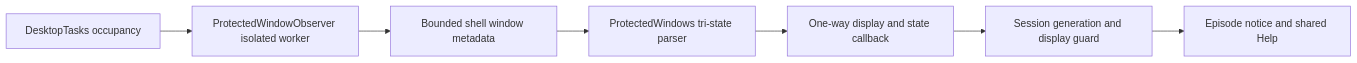
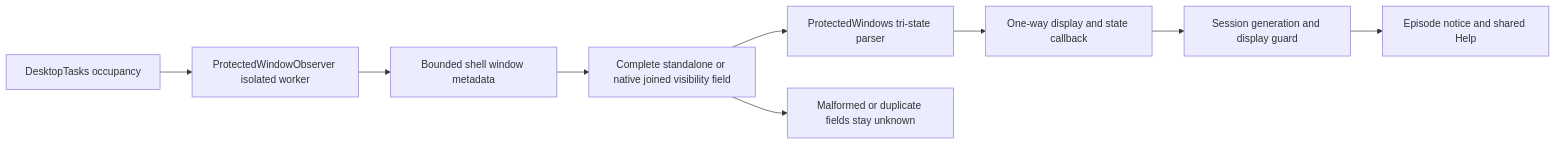
Before and after one commit to PhiLong-Ho/DexDroid: the first of 2 diagrams in docs/architecture/features/protected-content.md, drawn with Mermaid. The commit also changed other lines of this file and 319 other files, not shown here.

````diff
--- a/docs/architecture/features/protected-content.md
+++ b/docs/architecture/features/protected-content.md
@@ -14,9 +14,11 @@
 ```mermaid
 flowchart LR
     Occupancy[DesktopTasks occupancy] --> Observer[ProtectedWindowObserver isolated worker]
     Observer --> Metadata[Bounded shell window metadata]
-    Metadata --> Parser[ProtectedWindows tri-state parser]
+    Metadata --> Fields[Complete standalone or native joined visibility field]
+    Fields --> Parser[ProtectedWindows tri-state parser]
+    Fields --> Unknown[Malformed or duplicate fields stay unknown]
     Parser --> Callback[One-way display and state callback]
     Callback --> Guard[Session generation and display guard]
     Guard --> Notice[Episode notice and shared Help]
 ```
````
